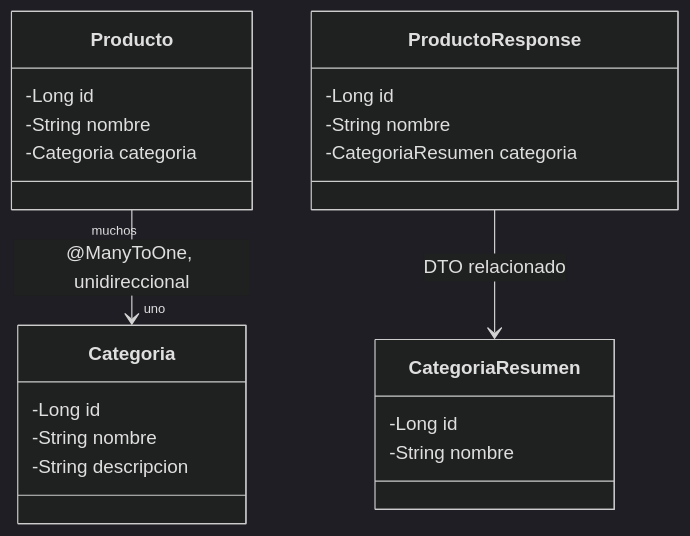
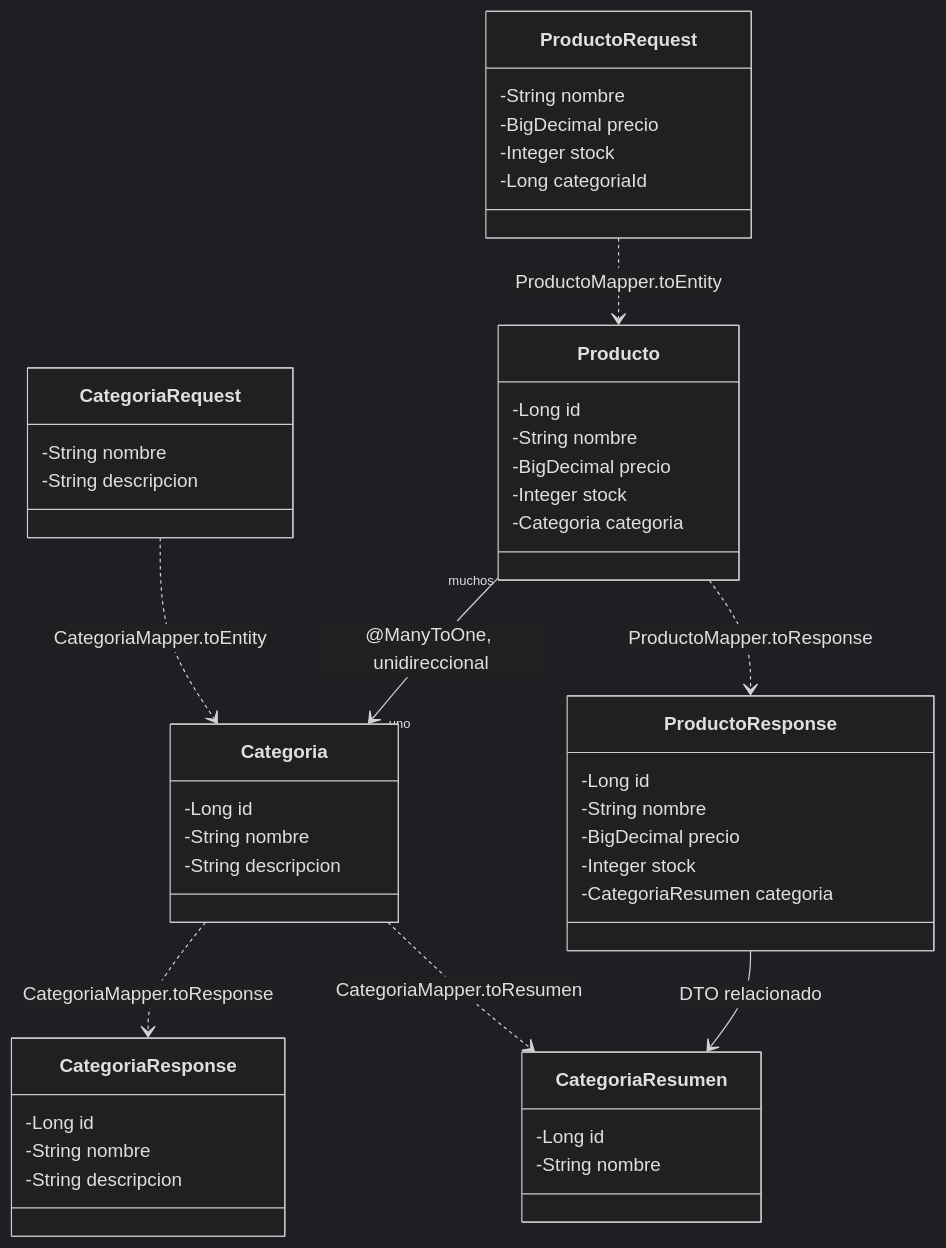
Before and after one commit to 262ciclo4/bomerp: the fourth of 11 diagrams in docs/lp2/sesiones/S03_Objetos_Relacionados_Categoria_Producto.md, drawn with Mermaid (dark theme). The commit also changed other lines of this file and 2 other files, not shown here.

````diff
--- a/docs/lp2/sesiones/S03_Objetos_Relacionados_Categoria_Producto.md
+++ b/docs/lp2/sesiones/S03_Objetos_Relacionados_Categoria_Producto.md
@@ -138,25 +161,49 @@
 ```mermaid
 classDiagram
     class Producto {
         -Long id
         -String nombre
+        -BigDecimal precio
+        -Integer stock
         -Categoria categoria
     }
     class Categoria {
         -Long id
         -String nombre
         -String descripcion
     }
+    class ProductoRequest {
+        -String nombre
+        -BigDecimal precio
+        -Integer stock
+        -Long categoriaId
+    }
     class ProductoResponse {
         -Long id
         -String nombre
+        -BigDecimal precio
+        -Integer stock
         -CategoriaResumen categoria
+    }
+    class CategoriaRequest {
+        -String nombre
+        -String descripcion
+    }
+    class CategoriaResponse {
+        -Long id
+        -String nombre
+        -String descripcion
     }
     class CategoriaResumen {
         -Long id
         -String nombre
     }
 
     Producto "muchos" --> "uno" Categoria : @ManyToOne, unidireccional
+    ProductoRequest ..> Producto : ProductoMapper.toEntity
+    Producto ..> ProductoResponse : ProductoMapper.toResponse
     ProductoResponse --> CategoriaResumen : DTO relacionado
+    CategoriaRequest ..> Categoria : CategoriaMapper.toEntity
+    Categoria ..> CategoriaResponse : CategoriaMapper.toResponse
+    Categoria ..> CategoriaResumen : CategoriaMapper.toResumen
 ```
````
